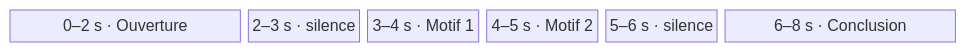
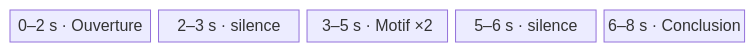
Before and after one commit to LucasBertrand/pianola-doc: the first of 4 diagrams in etudes-de-cas.md, drawn with Mermaid. The commit also changed other lines of this file and 1 other file, not shown here.

````diff
--- a/etudes-de-cas.md
+++ b/etudes-de-cas.md
@@ -36,5 +38,5 @@
 ```mermaid
 block-beta
-    columns 8
-    ouverture["0–2 s · Ouverture"]:2 gap1["2–3 s · silence"] motif1["3–4 s · Motif 1"] motif2["4–5 s · Motif 2"] gap2["5–6 s · silence"] conclusion["6–8 s · Conclusion"]:2
+    columns 5
+    ouverture["0–2 s · Ouverture"] gap1["2–3 s · silence"] motif["3–5 s · Motif ×2"] gap2["5–6 s · silence"] conclusion["6–8 s · Conclusion"]
 ```
````
